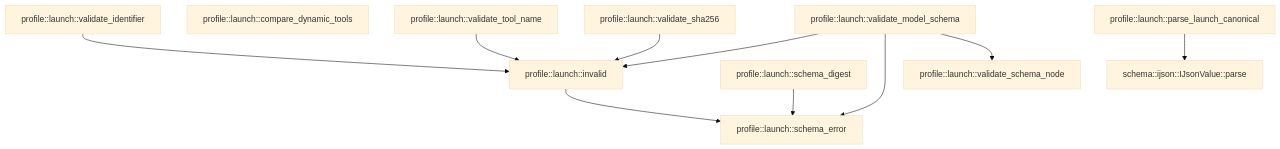
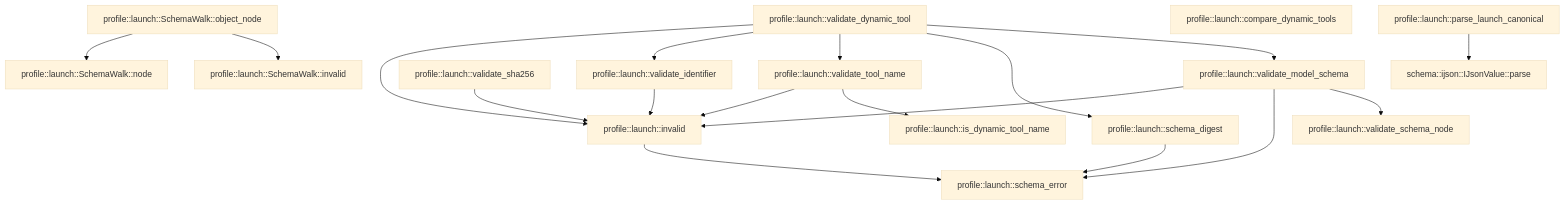
The second of 2 diagrams in crates/profile/docs/generated/src--launch.md (TekesApps/TekesKernel), drawn with Mermaid (base theme) before and after one commit. The commit also changed other lines of this file and 54 other files, not shown here.

First line of the commit message:
Refuse an MCP tool alone, not its whole server (per-tool schema projection) (#51)

````diff
--- a/crates/profile/docs/generated/src--launch.md
+++ b/crates/profile/docs/generated/src--launch.md
@@ -161,23 +163,36 @@
 ```mermaid
 flowchart TD
-  n0["profile::launch::validate_schema_node"]
-  n1["profile::launch::validate_model_schema"]
-  n2["profile::launch::compare_dynamic_tools"]
-  n3["profile::launch::schema_digest"]
-  n4["profile::launch::validate_sha256"]
-  n5["profile::launch::validate_tool_name"]
-  n6["profile::launch::validate_identifier"]
-  n7["profile::launch::schema_error"]
-  n8["profile::launch::invalid"]
-  n9["profile::launch::parse_launch_canonical"]
-  n10["schema::ijson::IJsonValue::parse"]
-  n1 --> n0
-  n1 --> n7
-  n1 --> n8
-  n3 --> n7
-  n4 --> n8
-  n5 --> n8
-  n6 --> n8
-  n8 --> n7
-  n9 --> n10
+  n0["profile::launch::SchemaWalk::invalid"]
+  n1["profile::launch::validate_schema_node"]
+  n2["profile::launch::SchemaWalk::node"]
+  n3["profile::launch::SchemaWalk::object_node"]
+  n4["profile::launch::validate_dynamic_tool"]
+  n5["profile::launch::validate_model_schema"]
+  n6["profile::launch::compare_dynamic_tools"]
+  n7["profile::launch::schema_digest"]
+  n8["profile::launch::validate_sha256"]
+  n9["profile::launch::is_dynamic_tool_name"]
+  n10["profile::launch::validate_tool_name"]
+  n11["profile::launch::validate_identifier"]
+  n12["profile::launch::schema_error"]
+  n13["profile::launch::invalid"]
+  n14["profile::launch::parse_launch_canonical"]
+  n15["schema::ijson::IJsonValue::parse"]
+  n3 --> n0
+  n3 --> n2
+  n4 --> n5
+  n4 --> n7
+  n4 --> n10
+  n4 --> n11
+  n4 --> n13
+  n5 --> n1
+  n5 --> n12
+  n5 --> n13
+  n7 --> n12
+  n8 --> n13
+  n10 --> n9
+  n10 --> n13
+  n11 --> n13
+  n13 --> n12
+  n14 --> n15
 ```
````
